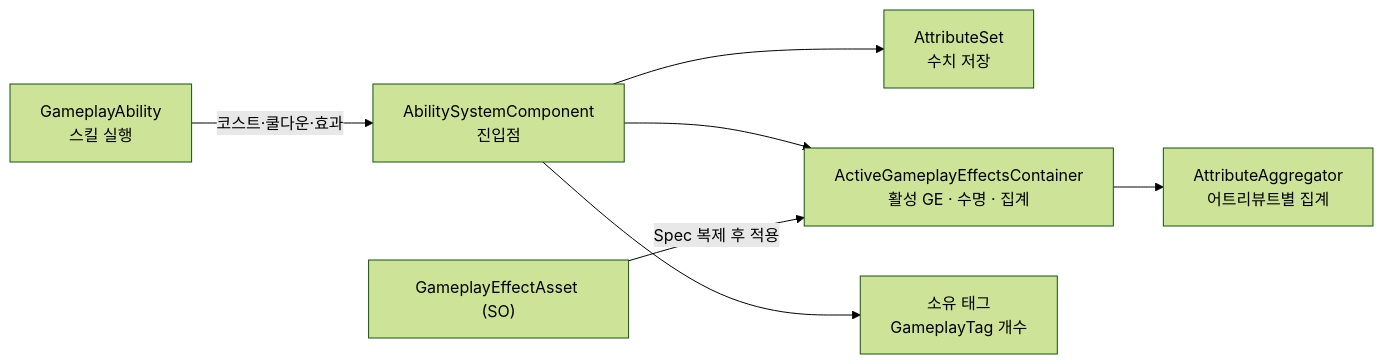
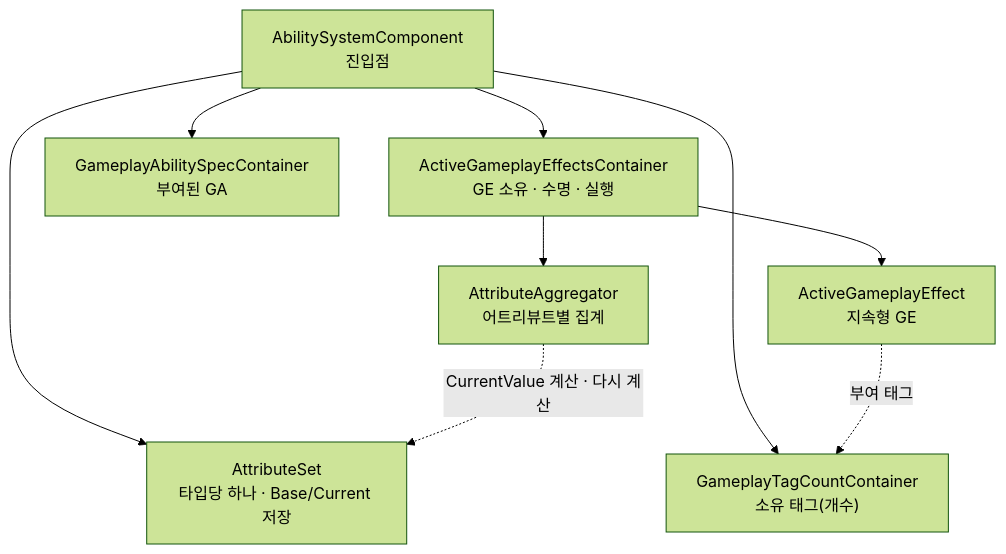
Before and after one commit to hanaaple/AbilitySystem-For-Unity: the first of 4 diagrams in Readme.md, drawn with Mermaid (forest theme). The commit also changed other lines of this file, not shown here.

First line of the commit message:
docs(readme): 구조 섹션을 현재 구현 기준으로 갱신, GameplayTag 다이어그램 추가

````diff
--- a/Readme.md
+++ b/Readme.md
@@ -104,9 +104,19 @@
 ```mermaid
-flowchart LR
-    GA["GameplayAbility<br/>스킬 실행"] -->|코스트·쿨다운·효과| ASC
-    ASC["AbilitySystemComponent<br/>진입점"] --> SET["AttributeSet<br/>수치 저장"]
-    ASC --> CONT["ActiveGameplayEffectsContainer<br/>활성 GE · 수명 · 집계"]
-    ASC --> TAG["소유 태그<br/>GameplayTag 개수"]
-    CONT --> AGG["AttributeAggregator<br/>어트리뷰트별 집계"]
-    ASSET["GameplayEffectAsset (SO)"] -->|Spec 복제 후 적용| CONT
+flowchart TD
+    ASC["AbilitySystemComponent<br/>진입점"]
+    ASET["AttributeSet<br/>타입당 하나 · Base/Current 저장"]
+    CONT["ActiveGameplayEffectsContainer<br/>GE 소유 · 수명 · 실행"]
+    AGE["ActiveGameplayEffect<br/>지속형 GE"]
+    AGG["AttributeAggregator<br/>어트리뷰트별 집계"]
+    TAGS["GameplayTagCountContainer<br/>소유 태그(개수)"]
+    SPECS["GameplayAbilitySpecContainer<br/>부여된 GA"]
+
+    ASC --> ASET
+    ASC --> CONT
+    ASC --> TAGS
+    ASC --> SPECS
+    CONT --> AGE
+    CONT --> AGG
+    AGG -. CurrentValue 계산 · 다시 계산 .-> ASET
+    AGE -. 부여 태그 .-> TAGS
 ```
````
